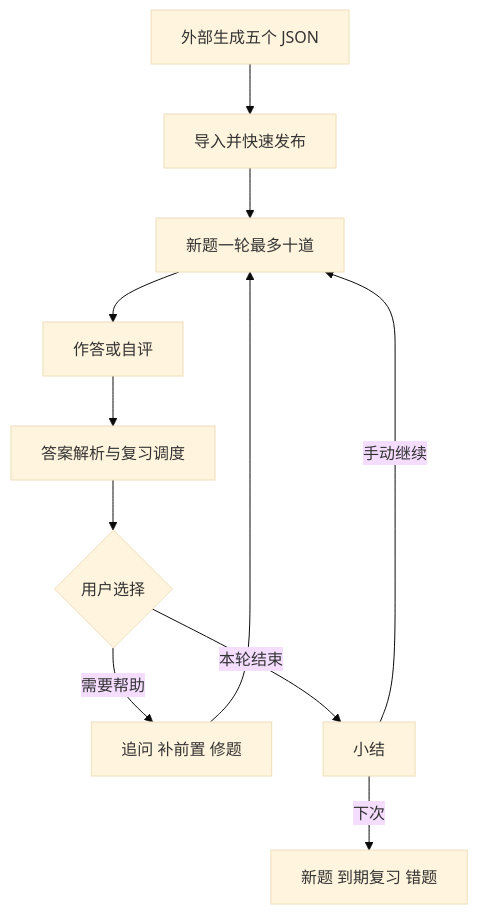
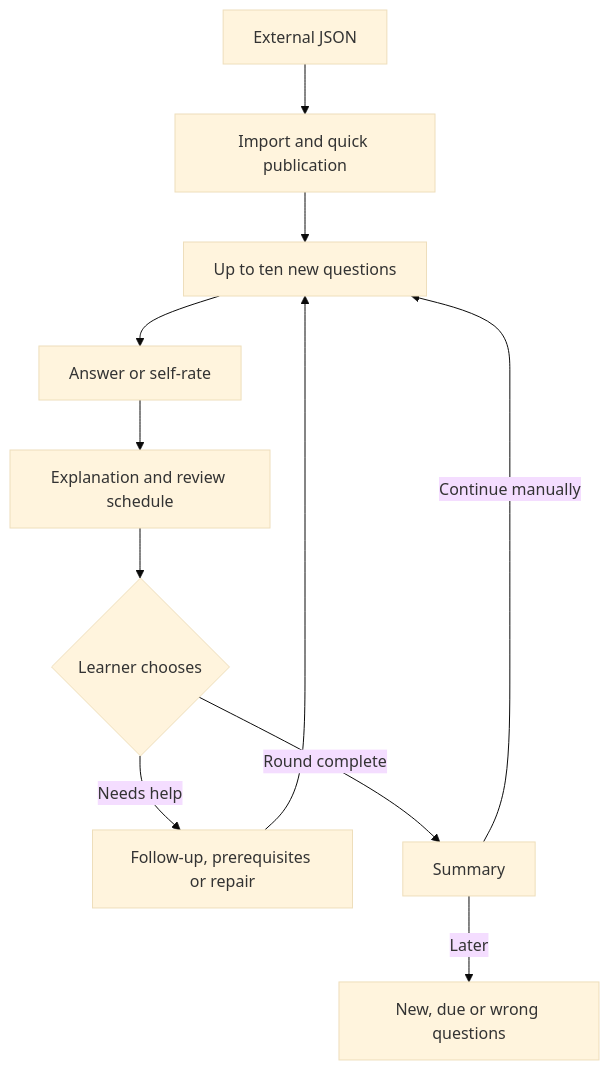
Before and after one commit to EricWang1358/dsh-web-studyhub: the diagram in docs/study-workflows.md, drawn with Mermaid (base theme). The commit also changed other lines of this file and 88 other files, not shown here.

````diff
--- a/docs/study-workflows.md
+++ b/docs/study-workflows.md
@@ -32,13 +39,13 @@
 ```mermaid
 flowchart TD
-  A[外部生成五个 JSON] --> B[导入并快速发布]
-  B --> C[新题一轮最多十道]
-  C --> D[作答或自评]
-  D --> E[答案解析与复习调度]
-  E --> F{用户选择}
-  F -->|需要帮助| G[追问 补前置 修题]
+  A[External JSON] --> B[Import and quick publication]
+  B --> C[Up to ten new questions]
+  C --> D[Answer or self-rate]
+  D --> E[Explanation and review schedule]
+  E --> F{Learner chooses}
+  F -->|Needs help| G[Follow-up, prerequisites or repair]
   G --> C
-  F -->|本轮结束| H[小结]
-  H -->|手动继续| C
-  H -->|下次| I[新题 到期复习 错题]
+  F -->|Round complete| H[Summary]
+  H -->|Continue manually| C
+  H -->|Later| I[New, due or wrong questions]
 ```
````
